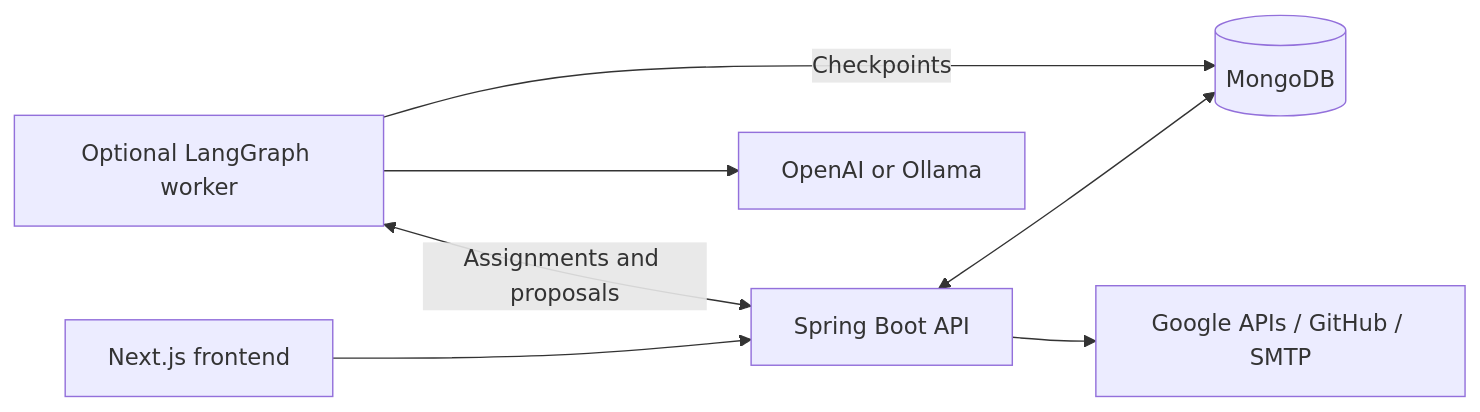
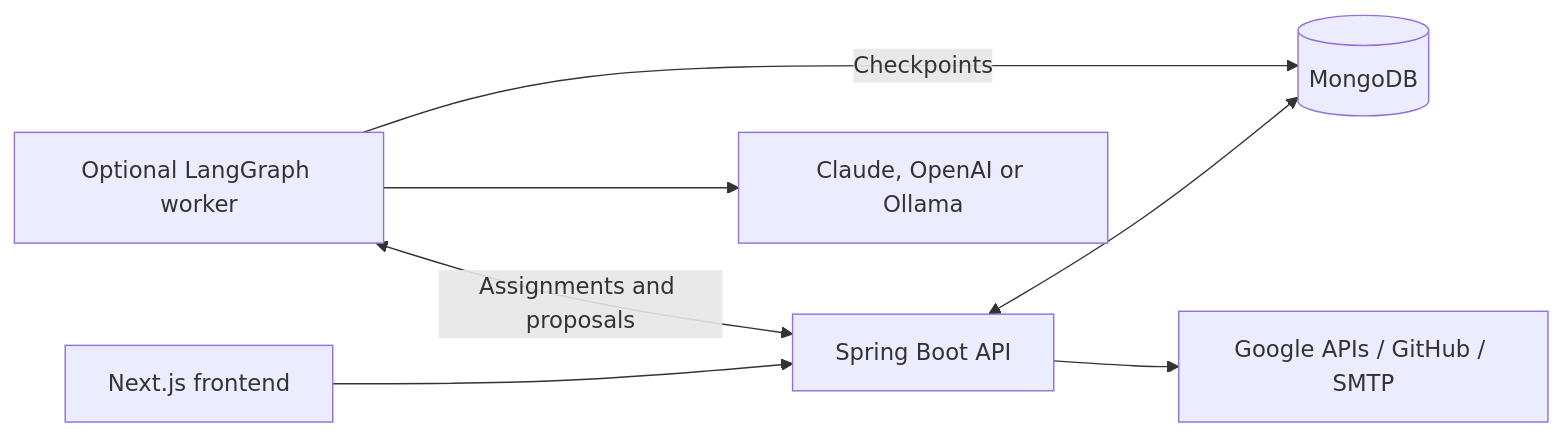
The diagram in README.md (Om-Thanage/HiCaptain), drawn with Mermaid before and after one commit. The commit also changed other lines of this file and 19 other files, not shown here.

````diff
--- a/README.md
+++ b/README.md
@@ -29,9 +29,9 @@
 ```mermaid
 flowchart LR
     Browser[Next.js frontend] --> API[Spring Boot API]
     API <--> DB[(MongoDB)]
     API --> Tools[Google APIs / GitHub / SMTP]
     Worker[Optional LangGraph worker] <-->|Assignments and proposals| API
-    Worker --> Model[OpenAI or Ollama]
+    Worker --> Model[Claude, OpenAI or Ollama]
     Worker -->|Checkpoints| DB
 ```
````
